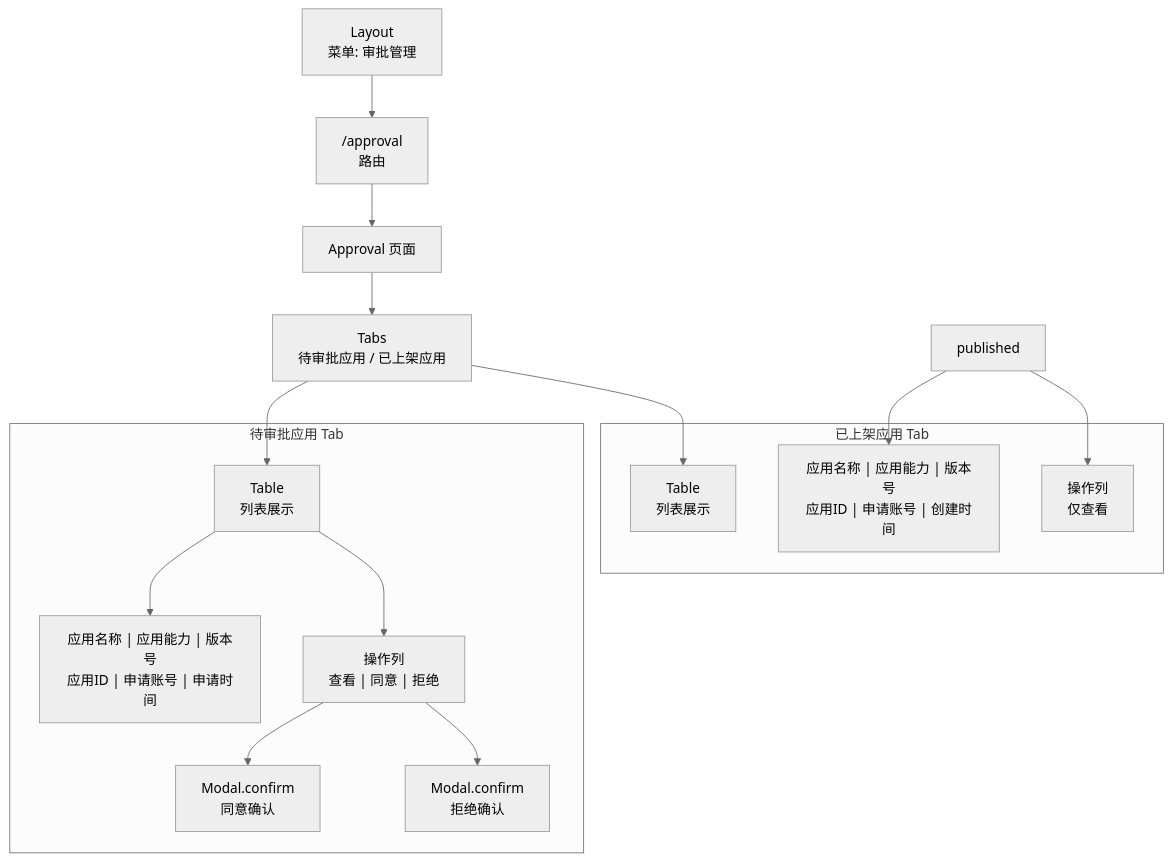
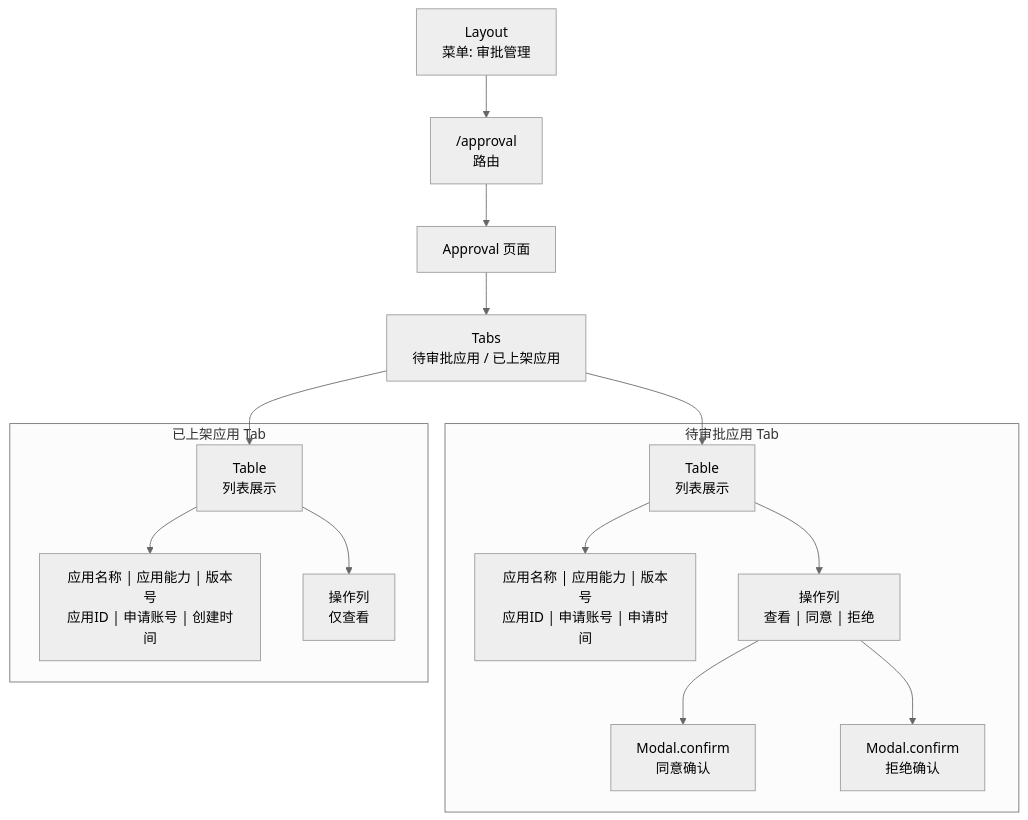
Before and after one commit to THZSummer/open-app: the third of 7 diagrams in docs/market-server/approval-management-requirement.md, drawn with Mermaid (neutral theme). The commit also changed other lines of this file and 3 other files, not shown here.

````diff
--- a/docs/market-server/approval-management-requirement.md
+++ b/docs/market-server/approval-management-requirement.md
@@ -318,33 +319,33 @@
 ```mermaid
 graph TD
     layout["Layout<br/>菜单: 审批管理"]
     route["/approval<br/>路由"]
     approval["Approval 页面"]
     tabs["Tabs<br/>待审批应用 / 已上架应用"]
     
     subgraph 待审批应用 Tab
         table_pending["Table<br/>列表展示"]
         col_pending["应用名称 | 应用能力 | 版本号<br/>应用ID | 申请账号 | 申请时间"]
         action_pending["操作列<br/>查看 | 同意 | 拒绝"]
         confirm["Modal.confirm<br/>同意确认"]
         reject["Modal.confirm<br/>拒绝确认"]
     end
     
     subgraph 已上架应用 Tab
         table_published["Table<br/>列表展示"]
         col_published["应用名称 | 应用能力 | 版本号<br/>应用ID | 申请账号 | 创建时间"]
         action_published["操作列<br/>仅查看"]
     end
 
     layout --> route
     route --> approval
     approval --> tabs
     tabs --> table_pending
     tabs --> table_published
     table_pending --> col_pending
     table_pending --> action_pending
-    published --> col_published
-    published --> action_published
+    table_published --> col_published
+    table_published --> action_published
     action_pending --> confirm
     action_pending --> reject
 ```
````
